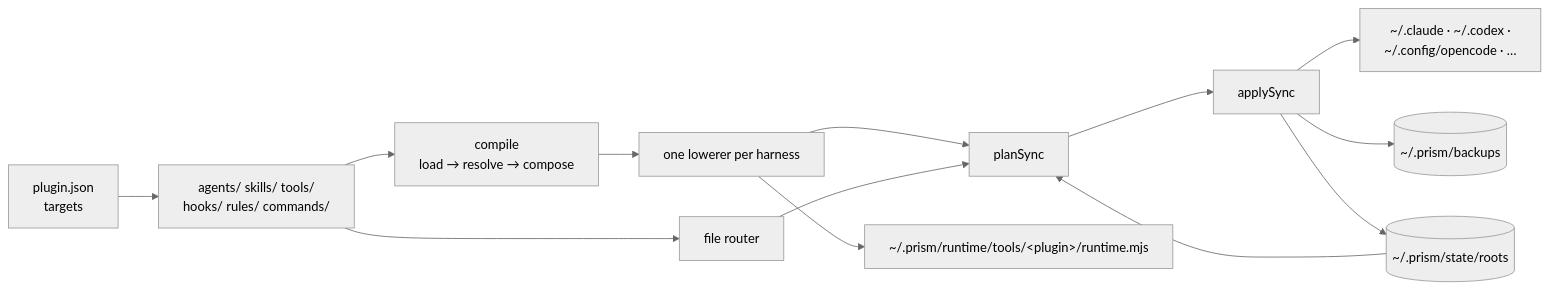
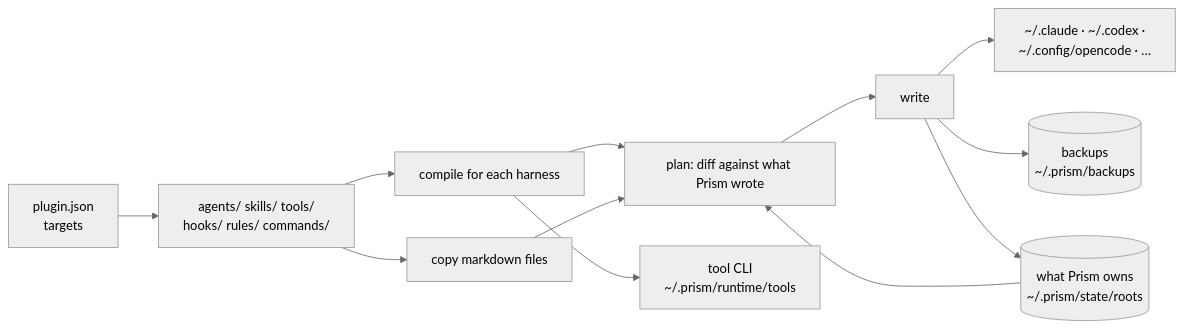
The diagram in README.md (skastr0/prism), drawn with Mermaid (neutral theme) before and after one commit. The commit also changed other lines of this file, not shown here.

Commit message:
docs(prism): plainer tagline and diagram labels from voice review

````diff
--- a/README.md
+++ b/README.md
@@ -117,15 +117,14 @@
 ```mermaid
 flowchart LR
   manifest["plugin.json<br/>targets"] --> sources["agents/ skills/ tools/<br/>hooks/ rules/ commands/"]
-  sources --> compile["compile<br/>load → resolve → compose"]
-  compile --> lowerers["one lowerer per harness"]
-  sources --> router["file router"]
-  lowerers --> plan["planSync"]
+  sources --> compile["compile for each harness"]
+  sources --> router["copy markdown files"]
+  compile --> plan["plan: diff against what Prism wrote"]
   router --> plan
-  ledger[("~/.prism/state/roots")] --> plan
-  plan --> apply["applySync"]
+  ledger[("what Prism owns<br/>~/.prism/state/roots")] --> plan
+  plan --> apply["write"]
   apply --> roots["~/.claude · ~/.codex ·<br/>~/.config/opencode · …"]
-  apply --> backups[("~/.prism/backups")]
+  apply --> backups[("backups<br/>~/.prism/backups")]
   apply --> ledger
-  lowerers --> tools["~/.prism/runtime/tools/#lt;plugin#gt;/runtime.mjs"]
+  compile --> tools["tool CLI<br/>~/.prism/runtime/tools"]
 ```
````
